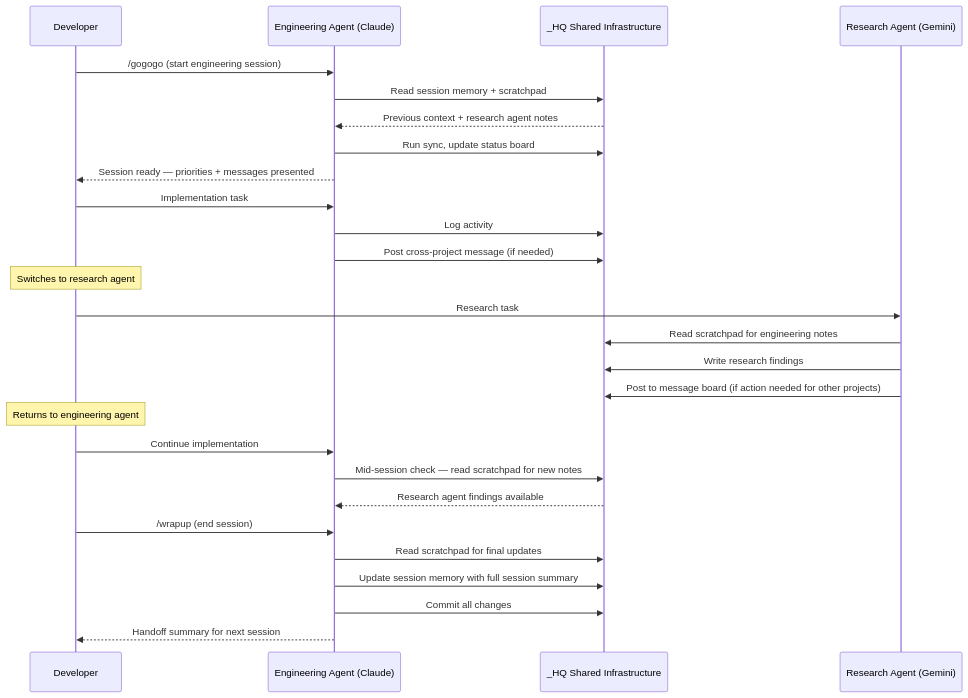
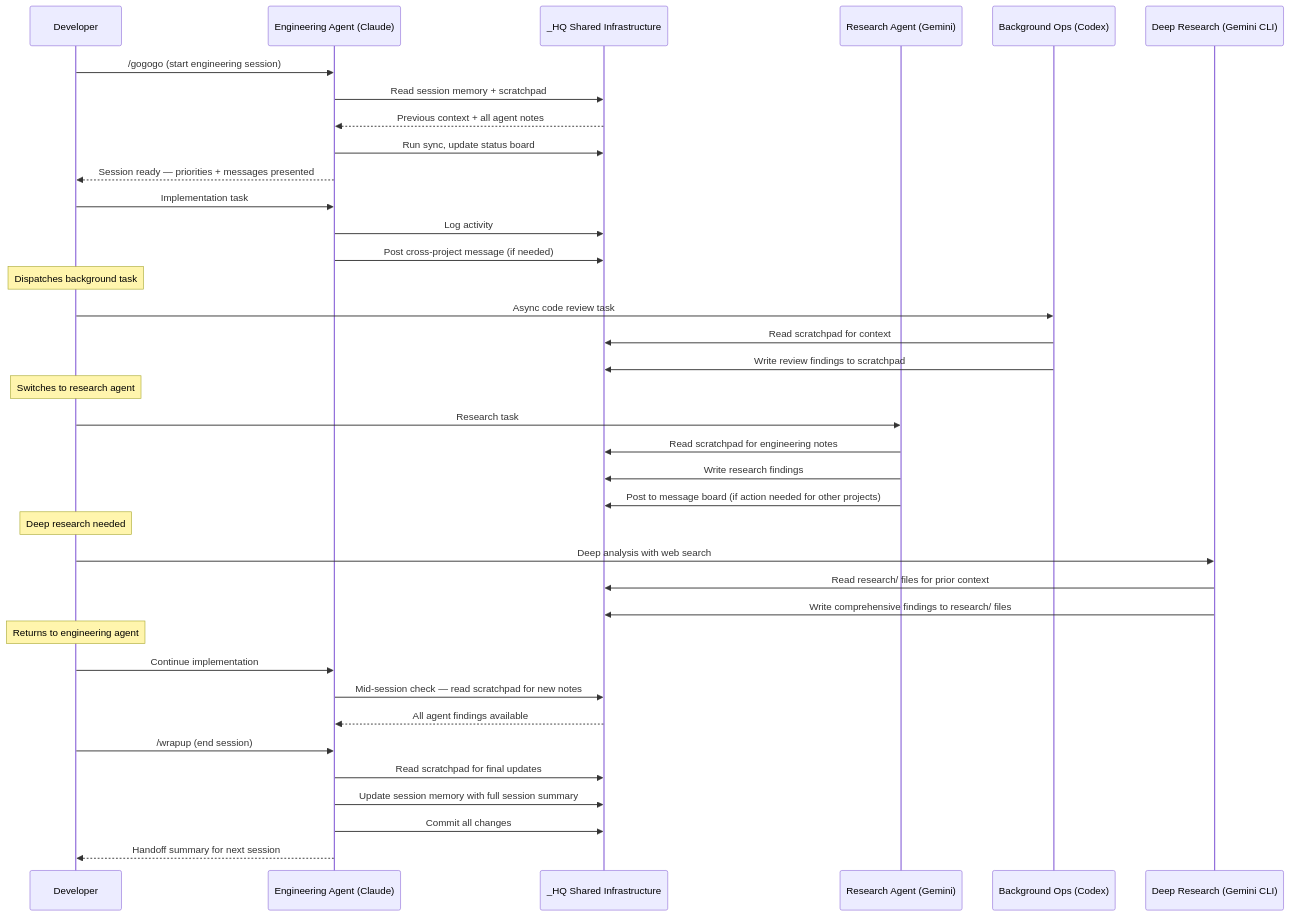
One commit to TJ-Neary/HQ-Command-Center changed the sixth of 7 diagrams in ARCHITECTURE.md. Above: the diagram before and after it, drawn with Mermaid. The commit also changed other lines of this file and 1 other file, not shown here.

First line of the commit message:
docs: update to four-agent ecosystem (13 projects, 4 agents, 3 platforms)

````diff
--- a/ARCHITECTURE.md
+++ b/ARCHITECTURE.md
@@ -190,36 +194,50 @@
 ```mermaid
 sequenceDiagram
     participant Dev as Developer
     participant Eng as Engineering Agent (Claude)
     participant HQ as _HQ Shared Infrastructure
     participant Res as Research Agent (Gemini)
+    participant BG as Background Ops (Codex)
+    participant Deep as Deep Research (Gemini CLI)
 
     Dev->>Eng: /gogogo (start engineering session)
     Eng->>HQ: Read session memory + scratchpad
-    HQ-->>Eng: Previous context + research agent notes
+    HQ-->>Eng: Previous context + all agent notes
     Eng->>HQ: Run sync, update status board
     Eng-->>Dev: Session ready — priorities + messages presented
 
     Dev->>Eng: Implementation task
     Eng->>HQ: Log activity
     Eng->>HQ: Post cross-project message (if needed)
+
+    Note over Dev: Dispatches background task
+
+    Dev->>BG: Async code review task
+    BG->>HQ: Read scratchpad for context
+    BG->>HQ: Write review findings to scratchpad
 
     Note over Dev: Switches to research agent
 
     Dev->>Res: Research task
     Res->>HQ: Read scratchpad for engineering notes
     Res->>HQ: Write research findings
     Res->>HQ: Post to message board (if action needed for other projects)
 
+    Note over Dev: Deep research needed
+
+    Dev->>Deep: Deep analysis with web search
+    Deep->>HQ: Read research/ files for prior context
+    Deep->>HQ: Write comprehensive findings to research/ files
+
     Note over Dev: Returns to engineering agent
 
     Dev->>Eng: Continue implementation
     Eng->>HQ: Mid-session check — read scratchpad for new notes
-    HQ-->>Eng: Research agent findings available
+    HQ-->>Eng: All agent findings available
 
     Dev->>Eng: /wrapup (end session)
     Eng->>HQ: Read scratchpad for final updates
     Eng->>HQ: Update session memory with full session summary
     Eng->>HQ: Commit all changes
     Eng-->>Dev: Handoff summary for next session
 ```
````
